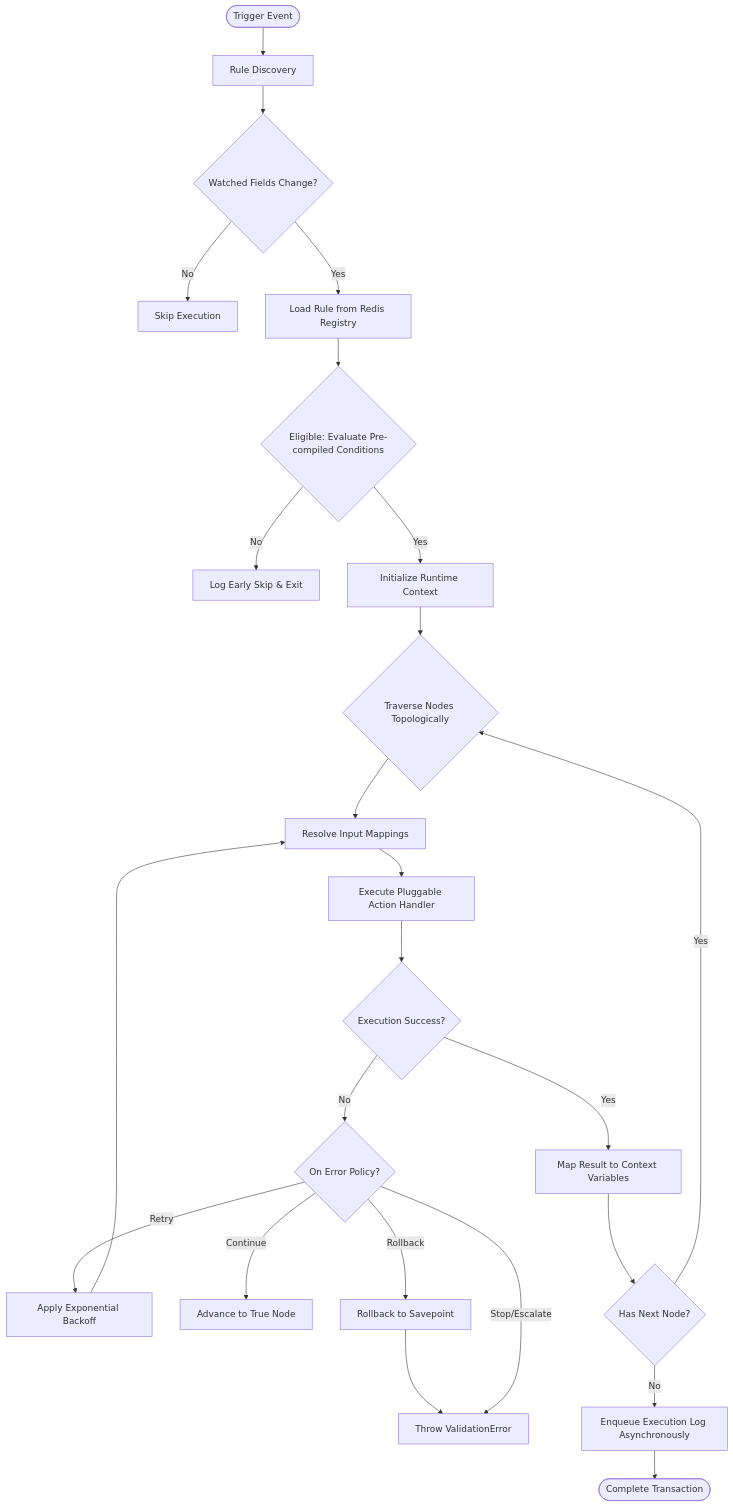
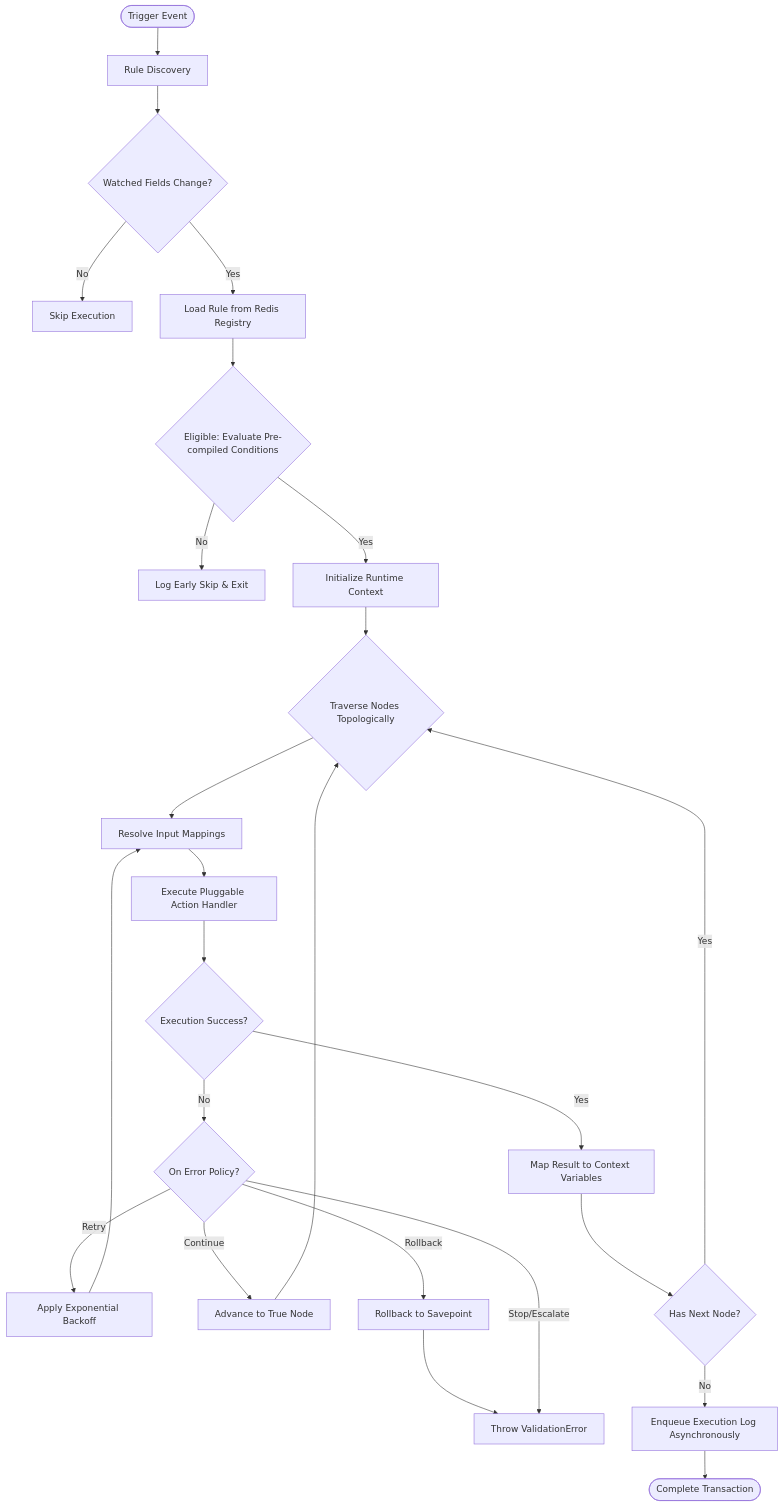
Before and after one commit to Brusk-eng/flexirule: the second of 2 diagrams in README.md, drawn with Mermaid. The commit also changed other lines of this file, not shown here.

First line of the commit message:
doc: Correct logo asset reference and Mermaid syntax in README.md

````diff
--- a/README.md
+++ b/README.md
@@ -139,26 +131,29 @@
 ```mermaid
 flowchart TD
     A([Trigger Event]) --> B[Rule Discovery]
     B --> C{Watched Fields Change?}
     C -- No --> Skip[Skip Execution]
     C -- Yes --> D[Load Rule from Redis Registry]
     D --> E{Eligible: Evaluate Pre-compiled Conditions}
     E -- No --> LogSkip[Log Early Skip & Exit]
     E -- Yes --> F[Initialize Runtime Context]
     F --> G{Traverse Nodes Topologically}
     G --> H[Resolve Input Mappings]
     H --> I[Execute Pluggable Action Handler]
     I --> J{Execution Success?}
 
     J -- No --> K{On Error Policy?}
-    K -- Retry --> Retry[Apply Exponential Backoff] --> H
+    K -- Retry --> Retry[Apply Exponential Backoff]
+    Retry --> H
     K -- Continue --> L[Advance to True Node]
-    K -- Rollback --> Roll[Rollback to Savepoint] --> Fail[Throw ValidationError]
+    L --> G
+    K -- Rollback --> Roll[Rollback to Savepoint]
+    Roll --> Fail[Throw ValidationError]
     K -- Stop/Escalate --> Fail
 
     J -- Yes --> M[Map Result to Context Variables]
     M --> N{Has Next Node?}
     N -- Yes --> G
     N -- No --> O[Enqueue Execution Log Asynchronously]
     O --> P([Complete Transaction])
 ```
````
